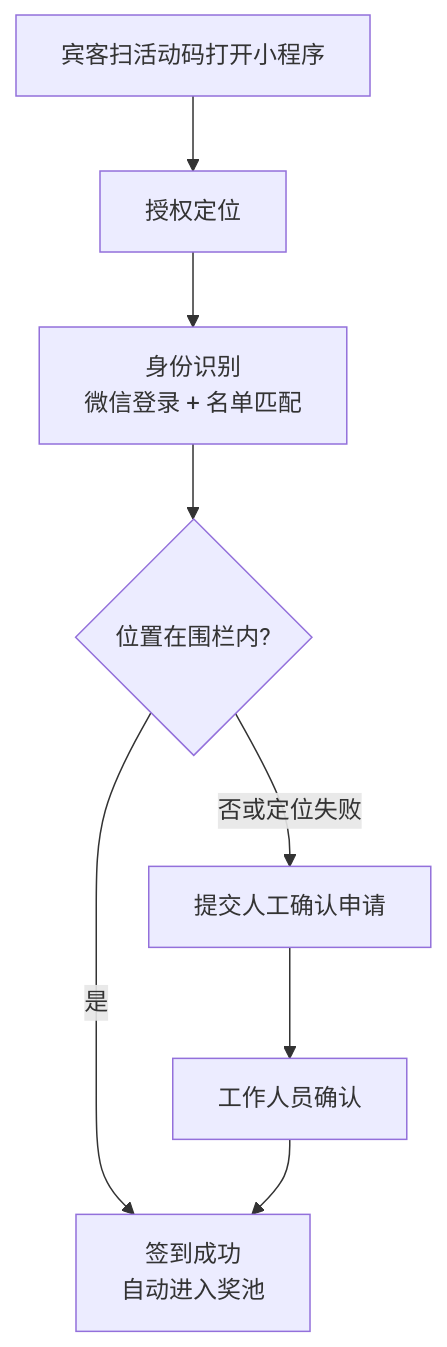
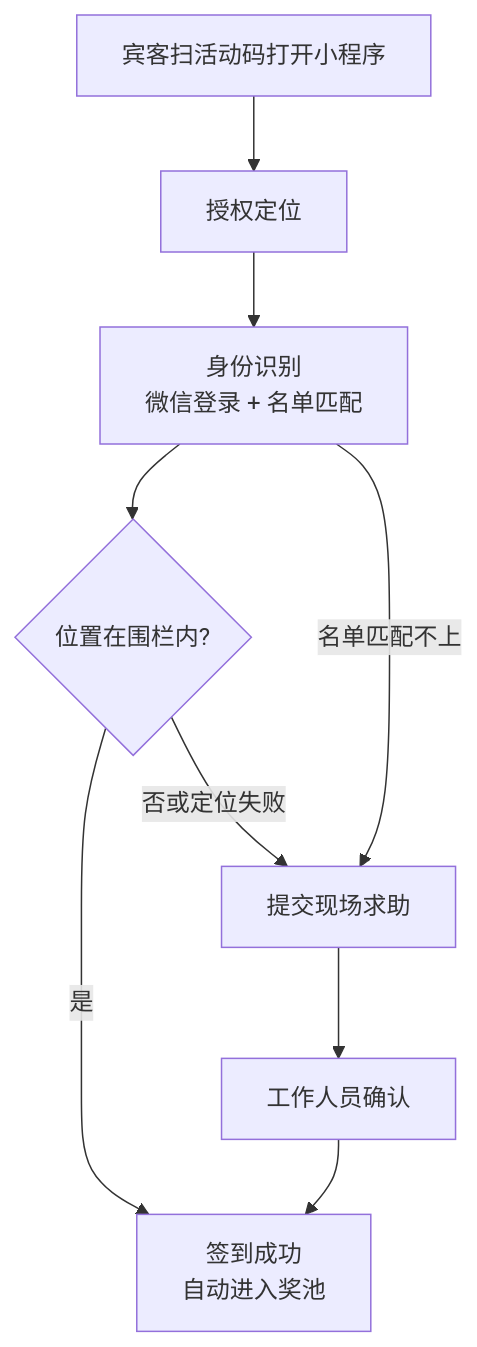
One commit to altmanlib/golottery changed the first of 2 diagrams in docs/PRD.md. Above: the diagram before and after it, drawn with Mermaid. The commit also changed other lines of this file and 5 other files, not shown here.

````diff
--- a/docs/PRD.md
+++ b/docs/PRD.md
@@ -89,10 +90,11 @@
 ```mermaid
 flowchart TD
     A[宾客扫活动码打开小程序] --> B[授权定位]
     B --> C[身份识别<br/>微信登录 + 名单匹配]
     C --> D{位置在围栏内?}
     D -- 是 --> E[签到成功<br/>自动进入奖池]
-    D -- 否或定位失败 --> F[提交人工确认申请]
+    C -- 名单匹配不上 --> F
+    D -- 否或定位失败 --> F[提交现场求助]
     F --> G[工作人员确认]
     G --> E
 ```
````
